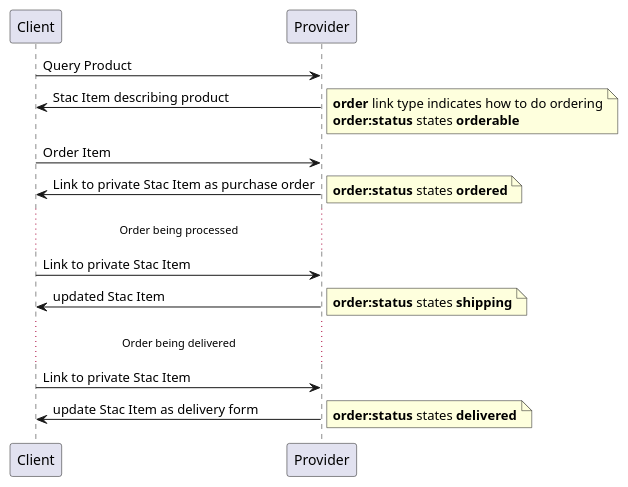
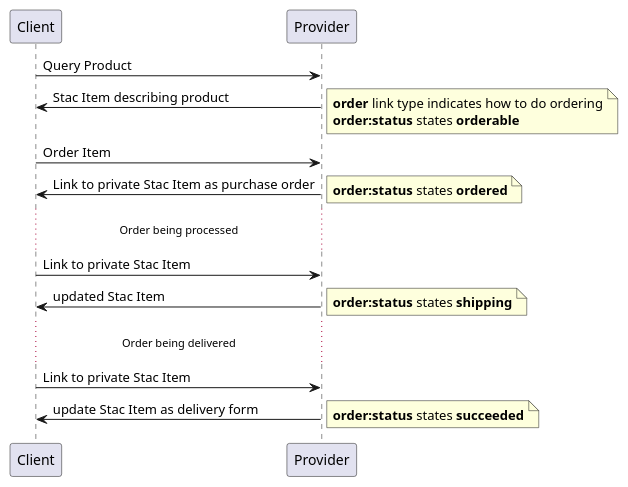
One commit to stac-extensions/order changed the diagram in diagrams/ordering-paying.puml. Above: the diagram before and after it, drawn with PlantUML. The commit also changed 4 other files, not shown here.

Commit message:
updated diagrams

```diff
--- a/diagrams/ordering-paying.puml
+++ b/diagrams/ordering-paying.puml
@@ -1,25 +1,25 @@
 @startuml
 
 !pragma teoz true
 
 Client -> Provider: Query Product
 Provider -> Client: Stac Item describing product
 note right: **order** link type indicates how to do ordering\n**order:status** states **orderable**
 
 Client -> Provider: Order Item
 Provider -> Client: Link to private Stac Item as purchase order
 note right: **order:status** states **ordered**
 
 ...Order being processed...
 
 Client -> Provider: Link to private Stac Item
 Provider -> Client: updated Stac Item
 note right: **order:status** states **shipping**
 
 ...Order being delivered...
 
 Client -> Provider: Link to private Stac Item
 Provider -> Client: update Stac Item as delivery form
-note right: **order:status** states **delivered**
+note right: **order:status** states **succeeded**
 
 @enduml
```
